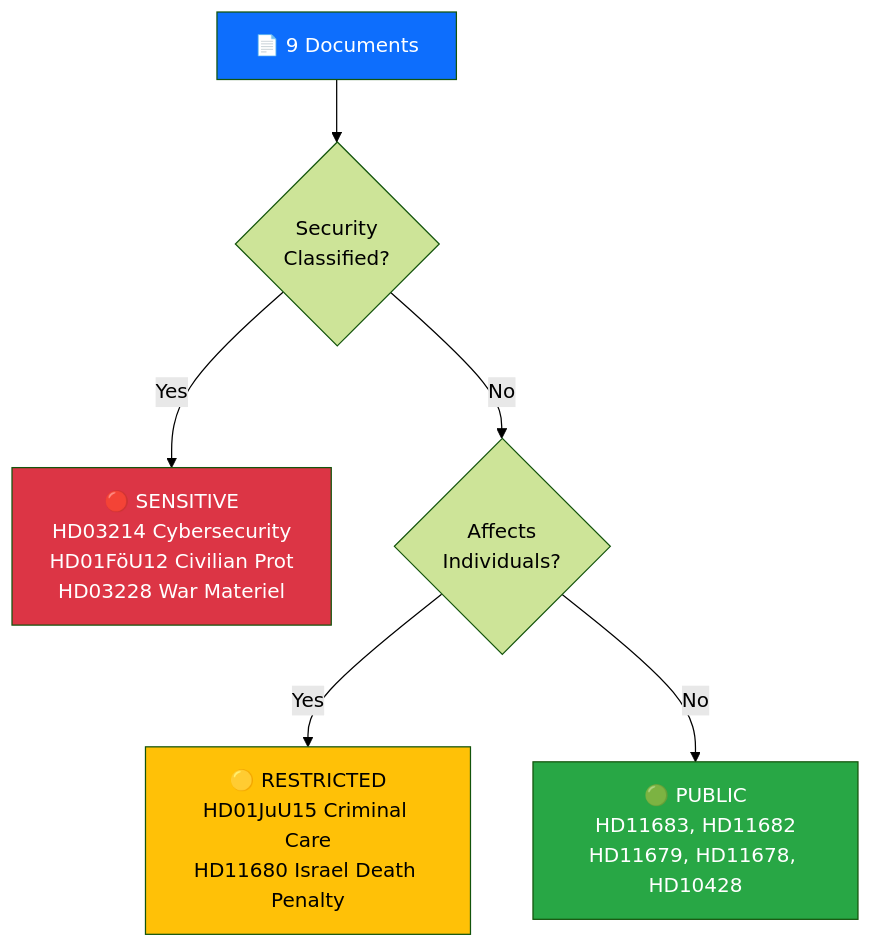
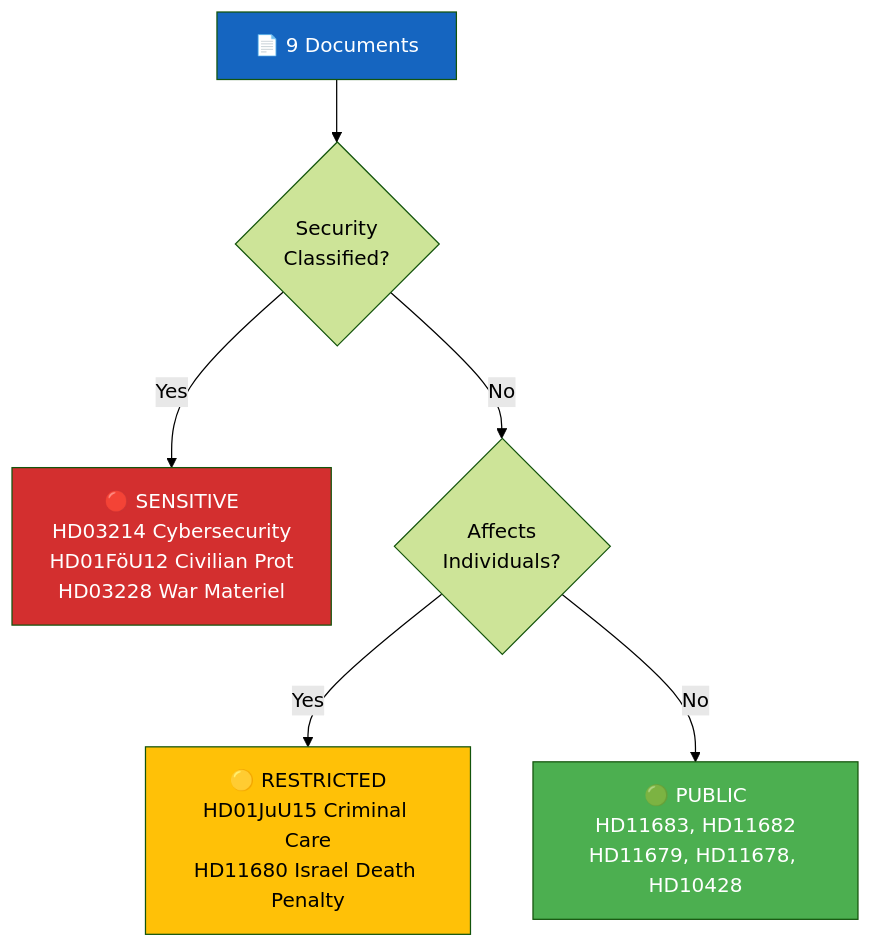
Before and after one commit to Hack23/riksdagsmonitor: the diagram in analysis/daily/2026-04-06/evening-analysis/classification-results.md, drawn with Mermaid (forest theme). The commit also changed 785 other files, not shown here.

First line of the commit message:
Normalize mermaid colors across 786 analysis artifacts to ISMS Style Guide palette

````diff
--- a/analysis/daily/2026-04-06/evening-analysis/classification-results.md
+++ b/analysis/daily/2026-04-06/evening-analysis/classification-results.md
@@ -13,12 +13,12 @@
 ```mermaid
 graph TD
     A["📄 9 Documents"] --> B{"Security<br/>Classified?"}
     B -->|Yes| C["🔴 SENSITIVE<br/>HD03214 Cybersecurity<br/>HD01FöU12 Civilian Prot<br/>HD03228 War Materiel"]
     B -->|No| D{"Affects<br/>Individuals?"}
     D -->|Yes| E["🟡 RESTRICTED<br/>HD01JuU15 Criminal Care<br/>HD11680 Israel Death Penalty"]
     D -->|No| F["🟢 PUBLIC<br/>HD11683, HD11682<br/>HD11679, HD11678, HD10428"]
-    style A fill:#0d6efd,color:#fff
-    style C fill:#dc3545,color:#fff
-    style E fill:#ffc107,color:#000
-    style F fill:#28a745,color:#fff
+    style A fill:#1565C0,color:#FFFFFF
+    style C fill:#D32F2F,color:#FFFFFF
+    style E fill:#FFC107,color:#000000
+    style F fill:#4CAF50,color:#FFFFFF
 ```
````
